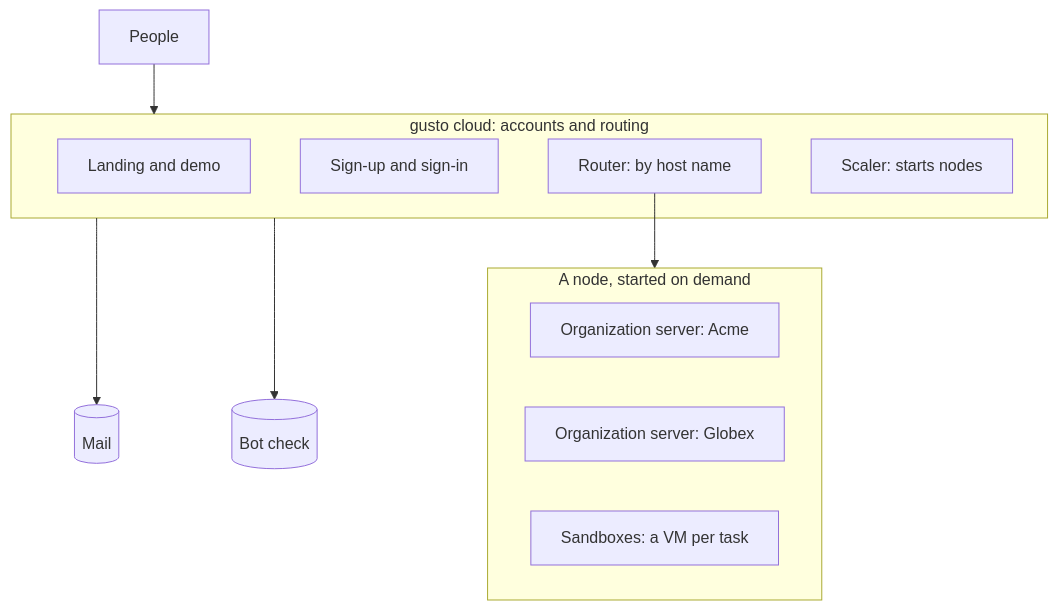
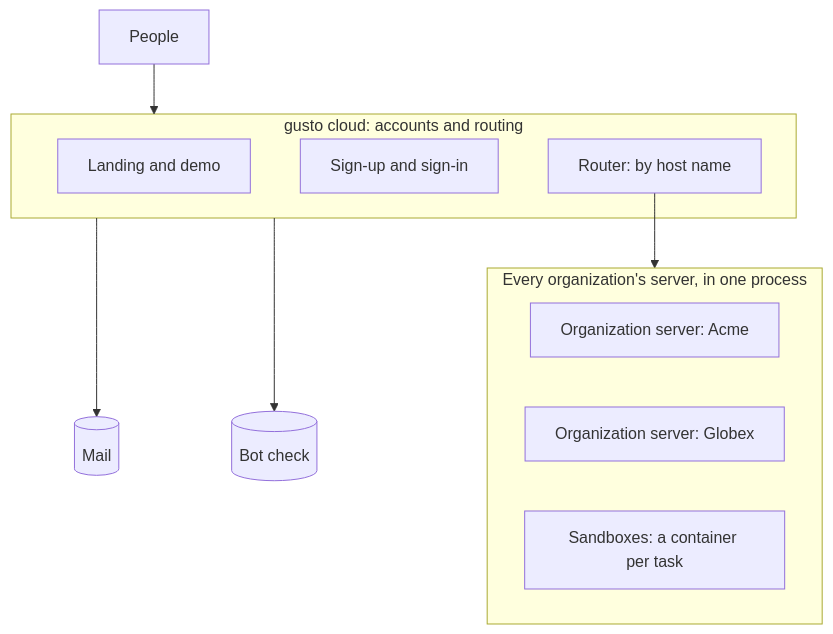
Before and after one commit to getlatentic/gusto: the fourth of 5 diagrams in docs/ARCHITECTURE.md, drawn with Mermaid. The commit also changed other lines of this file and 42 other files, not shown here.

First line of the commit message:
refactor(cloud): remove the EC2 node scaler

````diff
--- a/docs/ARCHITECTURE.md
+++ b/docs/ARCHITECTURE.md
@@ -109,18 +109,17 @@
 ```mermaid
 flowchart TB
   P[People] --> F
   subgraph F["gusto cloud: accounts and routing"]
     LD[Landing and demo]
     AC[Sign-up and sign-in]
     RT[Router: by host name]
-    SC[Scaler: starts nodes]
   end
   F --> MAIL[(Mail)]
   F --> BOT[(Bot check)]
   RT --> H
-  subgraph H["A node, started on demand"]
+  subgraph H["Every organization's server, in one process"]
     O1[Organization server: Acme]
     O2[Organization server: Globex]
-    SB[Sandboxes: a VM per task]
+    SB[Sandboxes: a container per task]
   end
 ```
````
